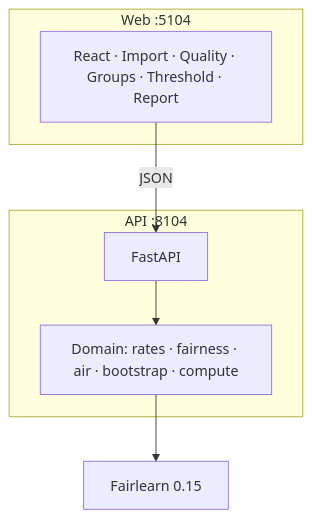
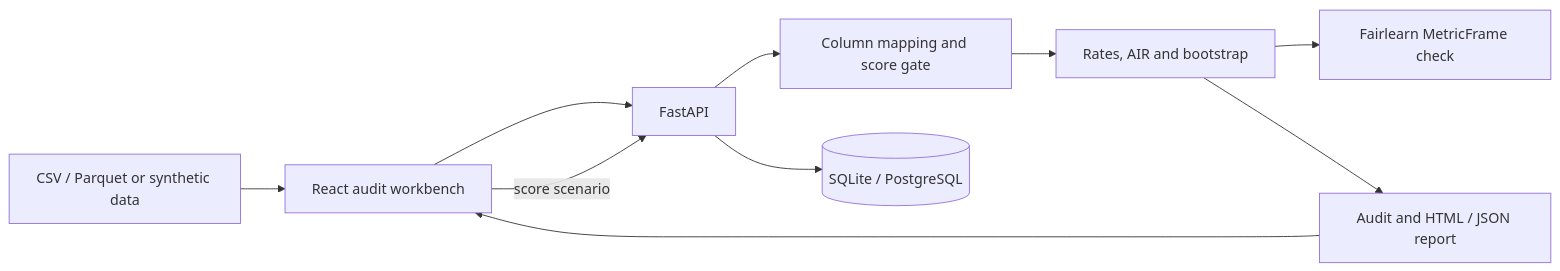
Before and after one commit to hasanhuseyinyetkiner/fairhire-audit: the diagram in README.md, drawn with Mermaid. The commit also changed other lines of this file and 2 other files, not shown here.

````diff
--- a/README.md
+++ b/README.md
@@ -63,13 +37,12 @@
 ```mermaid
-flowchart TB
-  subgraph client [Web :5104]
-    UI[React · Import · Quality · Groups · Threshold · Report]
-  end
-  subgraph api [API :8104]
-    HTTP[FastAPI]
-    DOM[Domain: rates · fairness · air · bootstrap · compute]
-    HTTP --> DOM
-  end
-  UI -->|JSON| HTTP
-  DOM --> FL[Fairlearn 0.15]
+flowchart LR
+  DATA[CSV / Parquet or synthetic data] --> UI[React audit workbench]
+  UI --> API[FastAPI]
+  API --> MAP[Column mapping and score gate]
+  MAP --> CALC[Rates, AIR and bootstrap]
+  CALC --> FL[Fairlearn MetricFrame check]
+  API --> DB[(SQLite / PostgreSQL)]
+  CALC --> REPORT[Audit and HTML / JSON report]
+  REPORT --> UI
+  UI -->|score scenario| API
 ```
````
